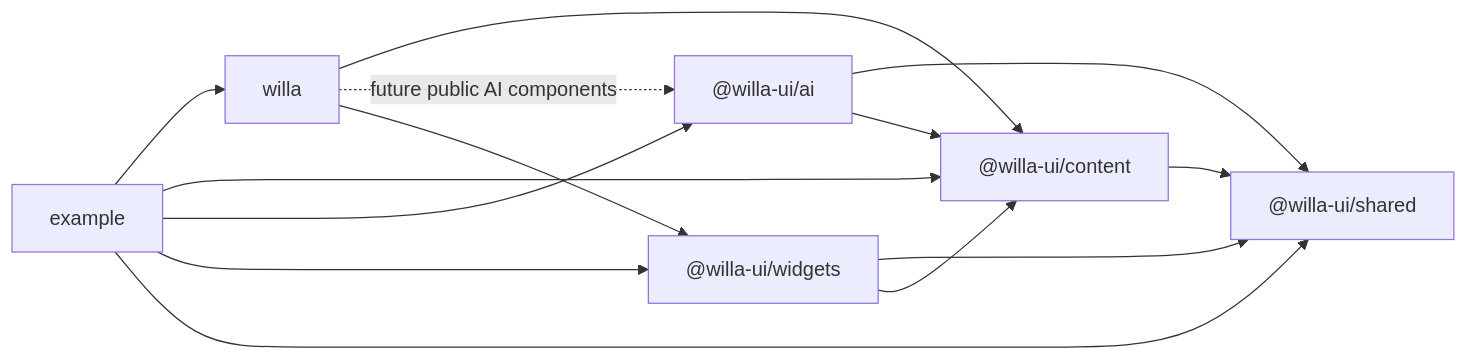
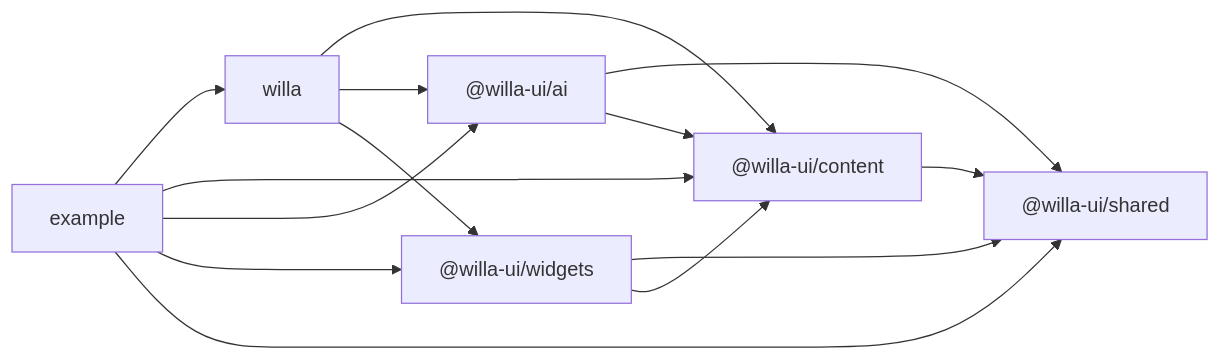
One commit to imtaotao/willa changed the first of 4 diagrams in docs/architecture.md. Above: the diagram before and after it, drawn with Mermaid. The commit also changed other lines of this file and 18 other files, not shown here.

````diff
--- a/docs/architecture.md
+++ b/docs/architecture.md
@@ -132,23 +129,23 @@
 ```mermaid
 flowchart LR
   shared["@willa-ui/shared"]
   content["@willa-ui/content"]
   ai["@willa-ui/ai"]
   widgets["@willa-ui/widgets"]
   willa["willa"]
   example["example"]
 
   content --> shared
   ai --> shared
   ai --> content
   widgets --> shared
   widgets --> content
   willa --> content
-  willa -. future public AI components .-> ai
+  willa --> ai
   willa --> widgets
   example --> willa
   example --> content
   example --> ai
   example --> widgets
   example --> shared
 ```
````
